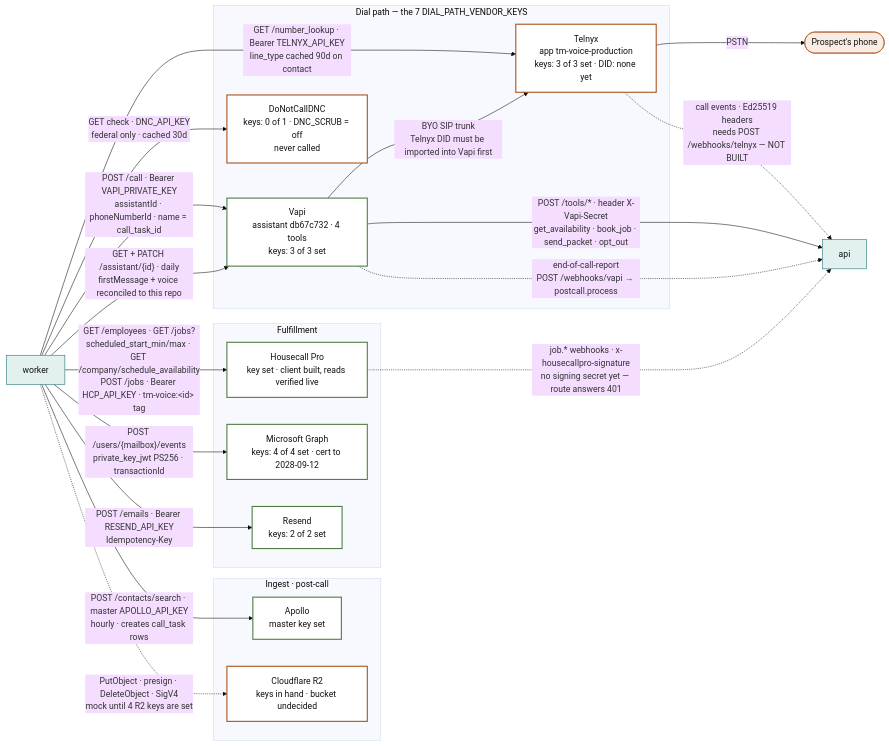
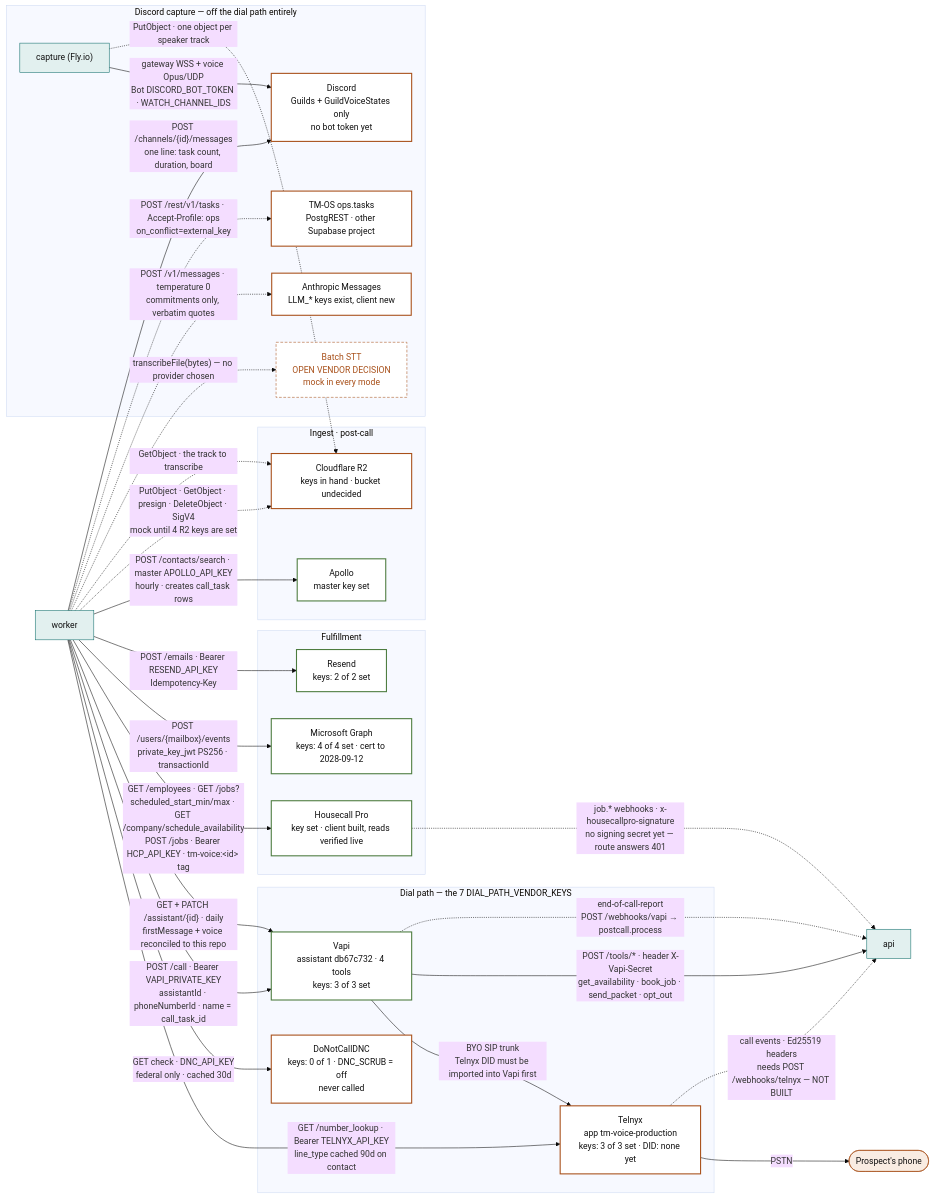
Before and after one commit to MAKaminski/tm-voice: the second of 7 diagrams in docs/ARCHITECTURE.md, drawn with Mermaid (base theme). The commit also changed other lines of this file and 3 other files, not shown here.

````diff
--- a/docs/ARCHITECTURE.md
+++ b/docs/ARCHITECTURE.md
@@ -73,46 +84,62 @@
 ```mermaid
 flowchart LR
   classDef svc fill:#e2f0ef,stroke:#0e6d6a,color:#111
   classDef real fill:#fff,stroke:#4d7c3f,stroke-width:2px,color:#111
   classDef partial fill:#fff,stroke:#a8501a,stroke-width:2px,color:#111
   classDef gap fill:#fff,stroke:#a8501a,stroke-dasharray:5 3,color:#a8501a
   classDef human fill:#f9ece2,stroke:#a8501a,color:#111
 
   worker["worker"]:::svc
   api["api"]:::svc
   prospect(["Prospect's phone"]):::human
 
   subgraph dialpath["Dial path — the 7 DIAL_PATH_VENDOR_KEYS"]
     vapi["Vapi<br/>assistant db67c732 · 4 tools<br/>keys: 3 of 3 set"]:::real
     telnyx["Telnyx<br/>app tm-voice-production<br/>keys: 3 of 3 set · DID: none yet"]:::partial
     dnc["DoNotCallDNC<br/>keys: 0 of 1 · DNC_SCRUB = off<br/>never called"]:::partial
   end
 
   subgraph fulfil["Fulfillment"]
     hcp["Housecall Pro<br/>key set · client built, reads verified live"]:::real
     msgraph["Microsoft Graph<br/>keys: 4 of 4 set · cert to 2028-09-12"]:::real
     resend["Resend<br/>keys: 2 of 2 set"]:::real
   end
 
   subgraph other["Ingest · post-call"]
     apollo["Apollo<br/>master key set"]:::real
     r2["Cloudflare R2<br/>keys in hand · bucket undecided"]:::partial
   end
 
+  subgraph capturepath["Discord capture — off the dial path entirely"]
+    capture["capture (Fly.io)"]:::svc
+    discord["Discord<br/>Guilds + GuildVoiceStates only<br/>no bot token yet"]:::partial
+    sttb["Batch STT<br/>OPEN VENDOR DECISION<br/>mock in every mode"]:::gap
+    llm["Anthropic Messages<br/>LLM_* keys exist, client new"]:::partial
+    tmos["TM-OS ops.tasks<br/>PostgREST · other Supabase project"]:::partial
+  end
+
   worker -->|"GET /number_lookup · Bearer TELNYX_API_KEY<br/>line_type cached 90d on contact"| telnyx
   worker -->|"GET check · DNC_API_KEY<br/>federal only · cached 30d"| dnc
   worker -->|"POST /call · Bearer VAPI_PRIVATE_KEY<br/>assistantId · phoneNumberId · name = call_task_id"| vapi
   worker -->|"GET + PATCH /assistant/{id} · daily<br/>firstMessage + voice reconciled to this repo"| vapi
   vapi -->|"BYO SIP trunk<br/>Telnyx DID must be imported into Vapi first"| telnyx
   telnyx -->|"PSTN"| prospect
   vapi -->|"POST /tools/* · header X-Vapi-Secret<br/>get_availability · book_job · send_packet · opt_out"| api
   vapi -.->|"end-of-call-report<br/>POST /webhooks/vapi → postcall.process"| api
   telnyx -.->|"call events · Ed25519 headers<br/>needs POST /webhooks/telnyx — NOT BUILT"| api
 
   worker -->|"GET /employees · GET /jobs?scheduled_start_min/max · GET /company/schedule_availability<br/>POST /jobs · Bearer HCP_API_KEY · tm-voice:&lt;id&gt; tag"| hcp
   hcp -.->|"job.* webhooks · x-housecallpro-signature<br/>no signing secret yet — route answers 401"| api
   worker -->|"POST /users/{mailbox}/events<br/>private_key_jwt PS256 · transactionId"| msgraph
   worker -->|"POST /emails · Bearer RESEND_API_KEY<br/>Idempotency-Key"| resend
   worker -->|"POST /contacts/search · master APOLLO_API_KEY<br/>hourly · creates call_task rows"| apollo
-  worker -.->|"PutObject · presign · DeleteObject · SigV4<br/>mock until 4 R2 keys are set"| r2
+  worker -.->|"PutObject · GetObject · presign · DeleteObject · SigV4<br/>mock until 4 R2 keys are set"| r2
+
+  capture -->|"gateway WSS + voice Opus/UDP<br/>Bot DISCORD_BOT_TOKEN · WATCH_CHANNEL_IDS"| discord
+  capture -.->|"PutObject · one object per speaker track"| r2
+  worker -.->|"GetObject · the track to transcribe"| r2
+  worker -.->|"transcribeFile(bytes) — no provider chosen"| sttb
+  worker -.->|"POST /v1/messages · temperature 0<br/>commitments only, verbatim quotes"| llm
+  worker -.->|"POST /rest/v1/tasks · Accept-Profile: ops<br/>on_conflict=external_key"| tmos
+  worker -->|"POST /channels/{id}/messages<br/>one line: task count, duration, board"| discord
 ```
````
